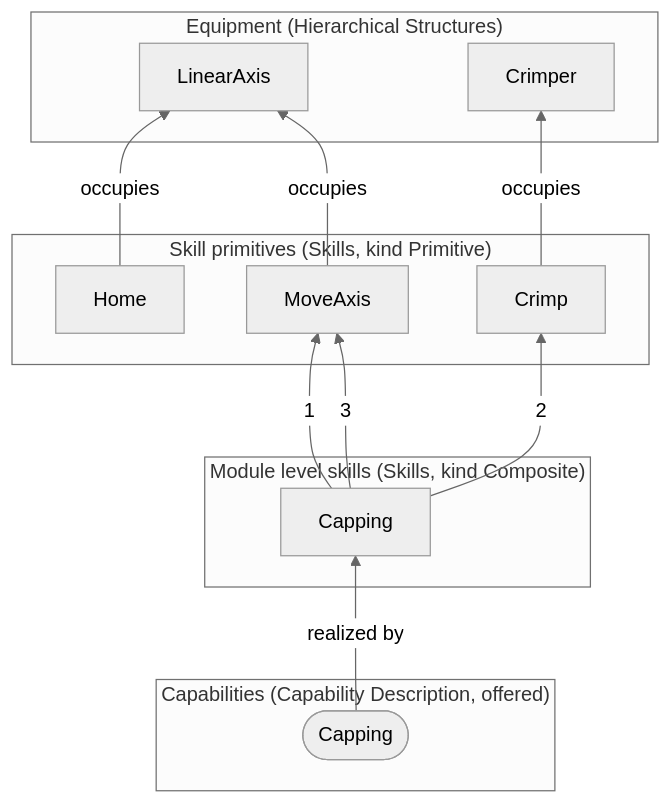
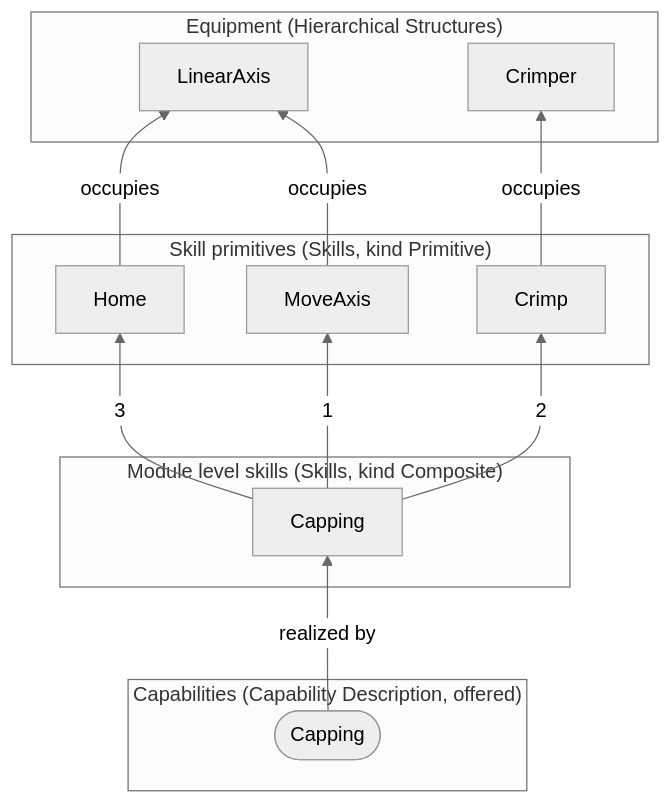
One commit to AAUSmartProductionLab/iec61499-mgmt-py changed the sixth of 8 diagrams in docs/aas-examples.md. Above: the diagram before and after it, drawn with Mermaid (neutral theme). The commit also changed other lines of this file and 11 other files, not shown here.

````diff
--- a/docs/aas-examples.md
+++ b/docs/aas-examples.md
@@ -438,25 +438,25 @@
 ```mermaid
 flowchart BT
   subgraph EQ_CappingModuleAAS["Equipment (Hierarchical Structures)"]
     CappingModuleAASLinearAxis["LinearAxis"]
     CappingModuleAASCrimper["Crimper"]
   end
   subgraph PR_CappingModuleAAS["Skill primitives (Skills, kind Primitive)"]
     CappingModuleAASHome["Home"]
     CappingModuleAASMoveAxis["MoveAxis"]
     CappingModuleAASCrimp["Crimp"]
   end
   subgraph CO_CappingModuleAAS["Module level skills (Skills, kind Composite)"]
     CappingModuleAASCapping["Capping"]
   end
   subgraph CA_CappingModuleAAS["Capabilities (Capability Description, offered)"]
     CappingModuleAAScapCapping(["Capping"])
   end
   CappingModuleAASHome -- occupies --> CappingModuleAASLinearAxis
   CappingModuleAASMoveAxis -- occupies --> CappingModuleAASLinearAxis
   CappingModuleAASCrimp -- occupies --> CappingModuleAASCrimper
   CappingModuleAASCapping -- "1" --> CappingModuleAASMoveAxis
   CappingModuleAASCapping -- "2" --> CappingModuleAASCrimp
-  CappingModuleAASCapping -- "3" --> CappingModuleAASMoveAxis
+  CappingModuleAASCapping -- "3" --> CappingModuleAASHome
   CappingModuleAAScapCapping -- realized by --> CappingModuleAASCapping
 ```
````
